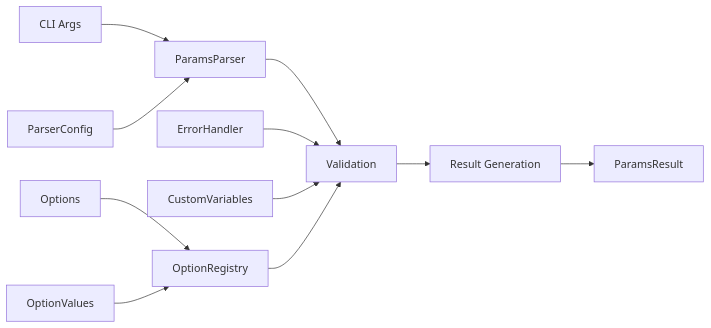
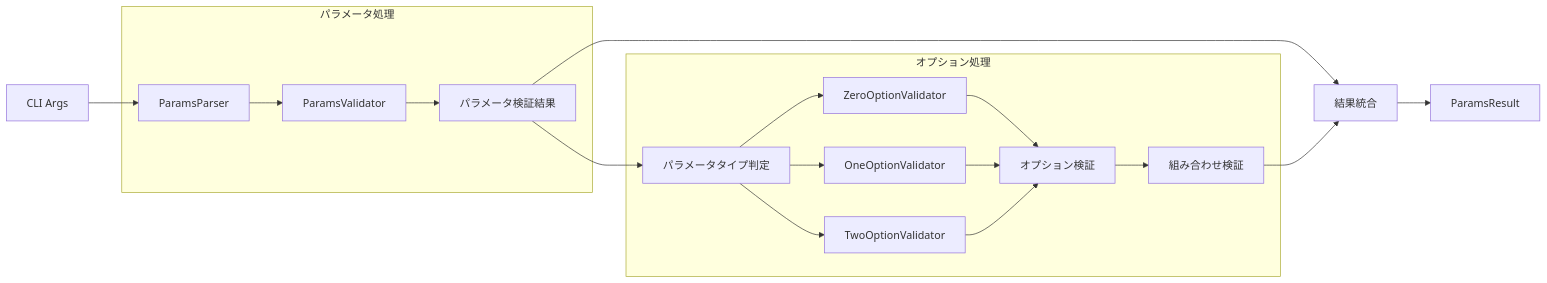
One commit to tettuan/breakdownparams changed the fifth of 7 diagrams in docs/architecture/layer2_diagrams.ja.md. Above: the diagram before and after it, drawn with Mermaid. The commit also changed other lines of this file and 32 other files, not shown here.

First line of the commit message:
refactor(validator): restructure option validation system

````diff
--- a/docs/architecture/layer2_diagrams.ja.md
+++ b/docs/architecture/layer2_diagrams.ja.md
@@ -172,15 +121,24 @@
 ```mermaid
 graph LR
     A[CLI Args] --> B[ParamsParser]
-    B --> C[Validation]
-    C --> D[Result Generation]
-    D --> E[ParamsResult]
     
-    F[ParserConfig] --> B
-    G[ErrorHandler] --> C
-    H[CustomVariables] --> C
+    subgraph "パラメータ処理"
+        B --> C1[ParamsValidator]
+        C1 --> D1[パラメータ検証結果]
+    end
     
-    I[OptionRegistry] --> C
-    J[Options] --> I
-    K[OptionValues] --> I
+    subgraph "オプション処理"
+        D1 --> E[パラメータタイプ判定]
+        E --> F1[ZeroOptionValidator]
+        E --> F2[OneOptionValidator]
+        E --> F3[TwoOptionValidator]
+        F1 --> G[オプション検証]
+        F2 --> G
+        F3 --> G
+        G --> H[組み合わせ検証]
+    end
+    
+    D1 --> I[結果統合]
+    H --> I
+    I --> J[ParamsResult]
 ```
````
